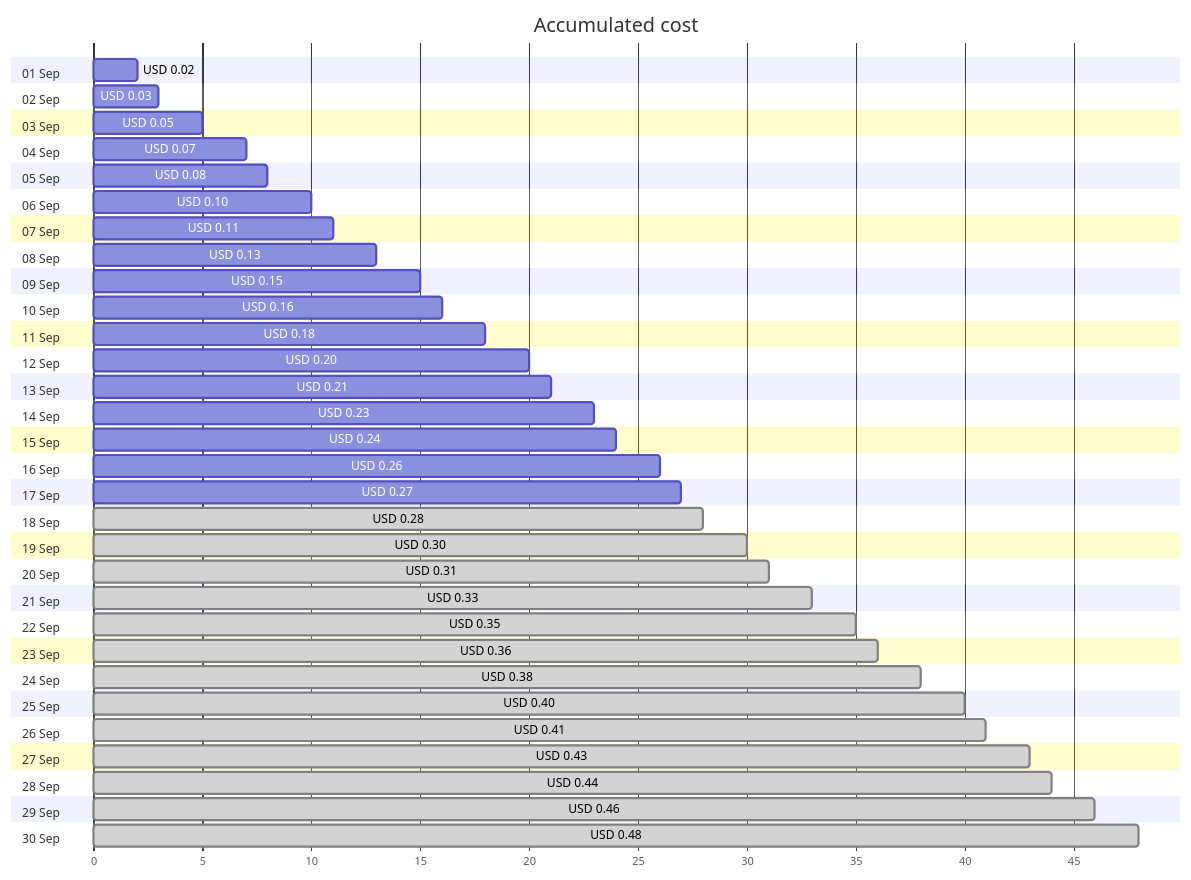
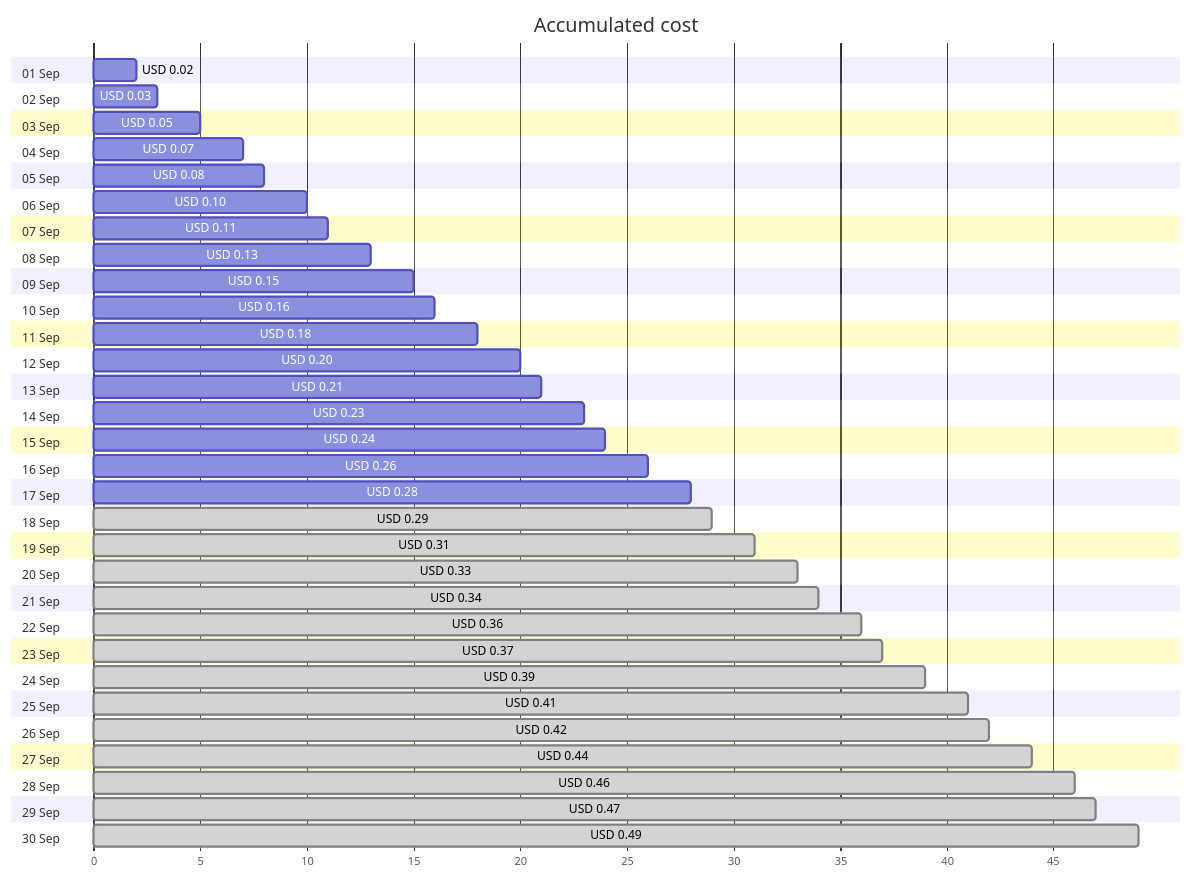
The first of 4 diagrams in cost-reports/personal-dns/jpatrickfulton.dev.md (jpfulton/azure-personal-reports), drawn with Mermaid before and after one commit. The commit also changed other lines of this file and 2 other files, not shown here.

````diff
--- a/cost-reports/personal-dns/jpatrickfulton.dev.md
+++ b/cost-reports/personal-dns/jpatrickfulton.dev.md
@@ -20,66 +20,66 @@
 ```mermaid
 gantt
    title Accumulated cost
    dateFormat  X
    axisFormat %s
    section 01 Sep
    USD 0.02 :0, 2
    section 02 Sep
    USD 0.03 :0, 3
    section 03 Sep
    USD 0.05 :0, 5
    section 04 Sep
    USD 0.07 :0, 7
    section 05 Sep
    USD 0.08 :0, 8
    section 06 Sep
    USD 0.10 :0, 10
    section 07 Sep
    USD 0.11 :0, 11
    section 08 Sep
    USD 0.13 :0, 13
    section 09 Sep
    USD 0.15 :0, 15
    section 10 Sep
    USD 0.16 :0, 16
    section 11 Sep
    USD 0.18 :0, 18
    section 12 Sep
    USD 0.20 :0, 20
    section 13 Sep
    USD 0.21 :0, 21
    section 14 Sep
    USD 0.23 :0, 23
    section 15 Sep
    USD 0.24 :0, 24
    section 16 Sep
    USD 0.26 :0, 26
    section 17 Sep
-   USD 0.27 :0, 27
+   USD 0.28 :0, 28
    section 18 Sep
-   USD 0.28 : done, 0, 28
+   USD 0.29 : done, 0, 29
    section 19 Sep
-   USD 0.30 : done, 0, 30
+   USD 0.31 : done, 0, 31
    section 20 Sep
-   USD 0.31 : done, 0, 31
+   USD 0.33 : done, 0, 33
    section 21 Sep
-   USD 0.33 : done, 0, 33
+   USD 0.34 : done, 0, 34
    section 22 Sep
-   USD 0.35 : done, 0, 35
+   USD 0.36 : done, 0, 36
    section 23 Sep
-   USD 0.36 : done, 0, 36
+   USD 0.37 : done, 0, 37
    section 24 Sep
-   USD 0.38 : done, 0, 38
+   USD 0.39 : done, 0, 39
    section 25 Sep
-   USD 0.40 : done, 0, 40
+   USD 0.41 : done, 0, 41
    section 26 Sep
-   USD 0.41 : done, 0, 41
+   USD 0.42 : done, 0, 42
    section 27 Sep
-   USD 0.43 : done, 0, 43
+   USD 0.44 : done, 0, 44
    section 28 Sep
-   USD 0.44 : done, 0, 44
+   USD 0.46 : done, 0, 46
    section 29 Sep
-   USD 0.46 : done, 0, 46
+   USD 0.47 : done, 0, 47
    section 30 Sep
-   USD 0.48 : done, 0, 48
+   USD 0.49 : done, 0, 49
 ```
````
